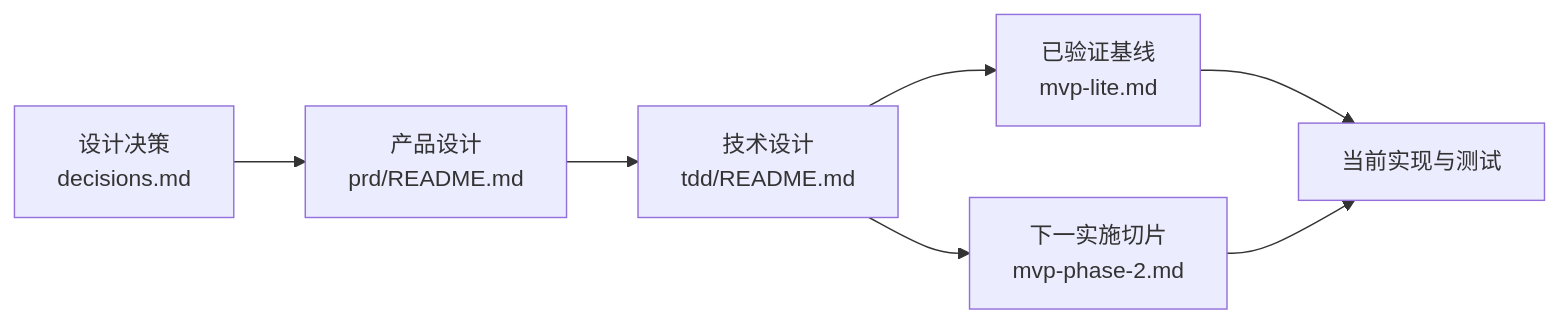
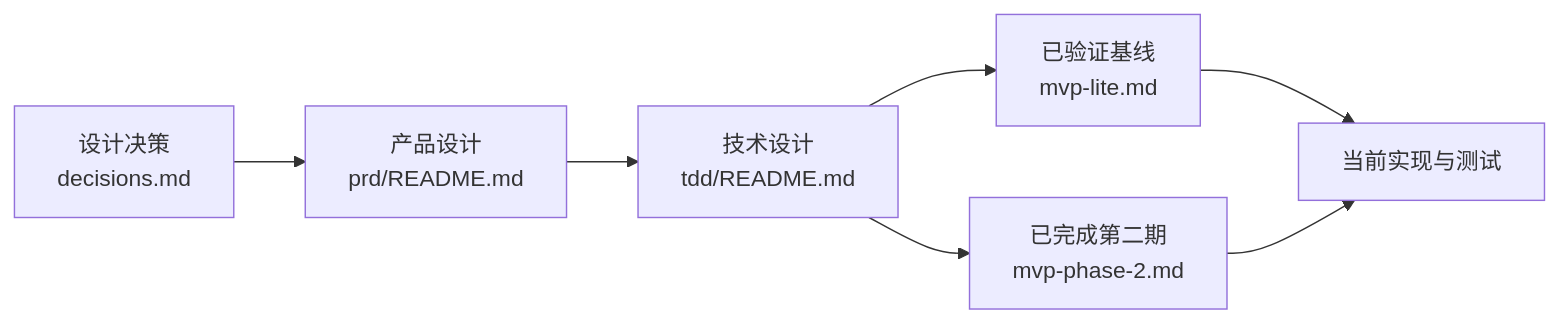
Before and after one commit to idy534/Eidos: the diagram in docs/README.md, drawn with Mermaid. The commit also changed other lines of this file and 46 other files, not shown here.

````diff
--- a/docs/README.md
+++ b/docs/README.md
@@ -7,9 +7,9 @@
 ```mermaid
 flowchart LR
     D["设计决策<br/>decisions.md"] --> PRD["产品设计<br/>prd/README.md"]
     PRD --> TDD["技术设计<br/>tdd/README.md"]
     TDD --> M1["已验证基线<br/>mvp-lite.md"]
-    TDD --> M2["下一实施切片<br/>mvp-phase-2.md"]
+    TDD --> M2["已完成第二期<br/>mvp-phase-2.md"]
     M1 --> CODE["当前实现与测试"]
     M2 --> CODE
 ```
````
